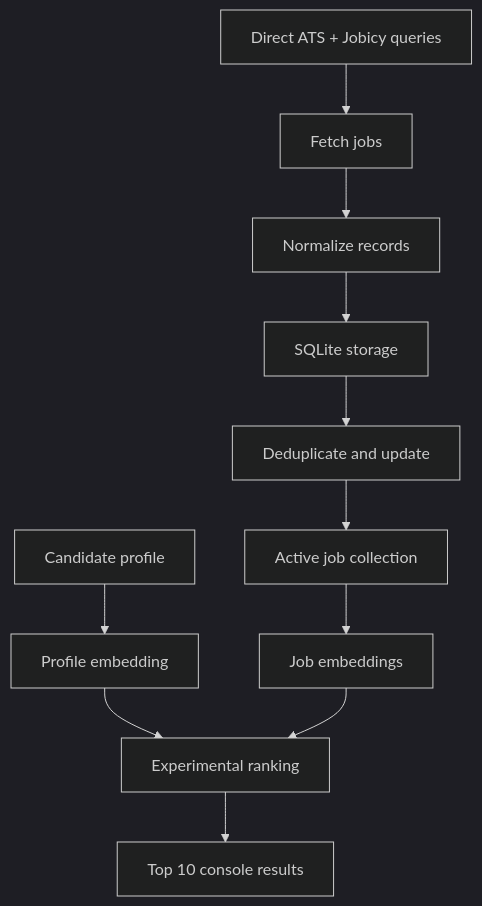
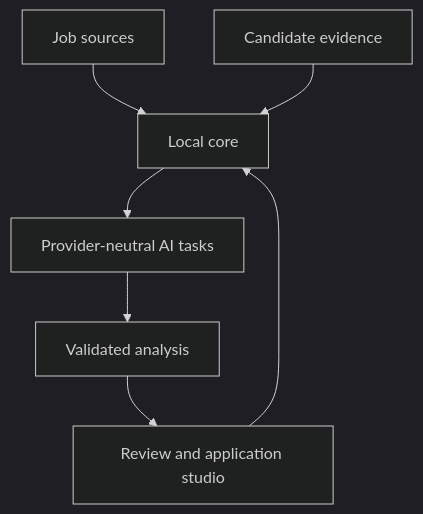
Before and after one commit to HammerheadFistpunch/Job-tool: the first of 3 diagrams in jobintel/docs/JOB_TOOL_FUNCTION_MAP.md, drawn with Mermaid (dark theme). The commit also changed other lines of this file and 4 other files, not shown here.

Commit message:
Reframe roadmap for local-first intelligence

````diff
--- a/jobintel/docs/JOB_TOOL_FUNCTION_MAP.md
+++ b/jobintel/docs/JOB_TOOL_FUNCTION_MAP.md
@@ -10,14 +16,9 @@
 ```mermaid
 flowchart TD
-    A["Direct ATS + Jobicy queries"] --> B["Fetch jobs"]
-    B --> C["Normalize records"]
-    C --> D["SQLite storage"]
-    D --> E["Deduplicate and update"]
-    E --> F["Active job collection"]
-
-    G["Candidate profile"] --> H["Profile embedding"]
-    F --> I["Job embeddings"]
-    H --> J["Experimental ranking"]
-    I --> J
-    J --> K["Top 10 console results"]
+    A["Job sources"] --> B["Local core"]
+    C["Candidate evidence"] --> B
+    B --> D["Provider-neutral AI tasks"]
+    D --> E["Validated analysis"]
+    E --> F["Review and application studio"]
+    F --> B
 ```
````
